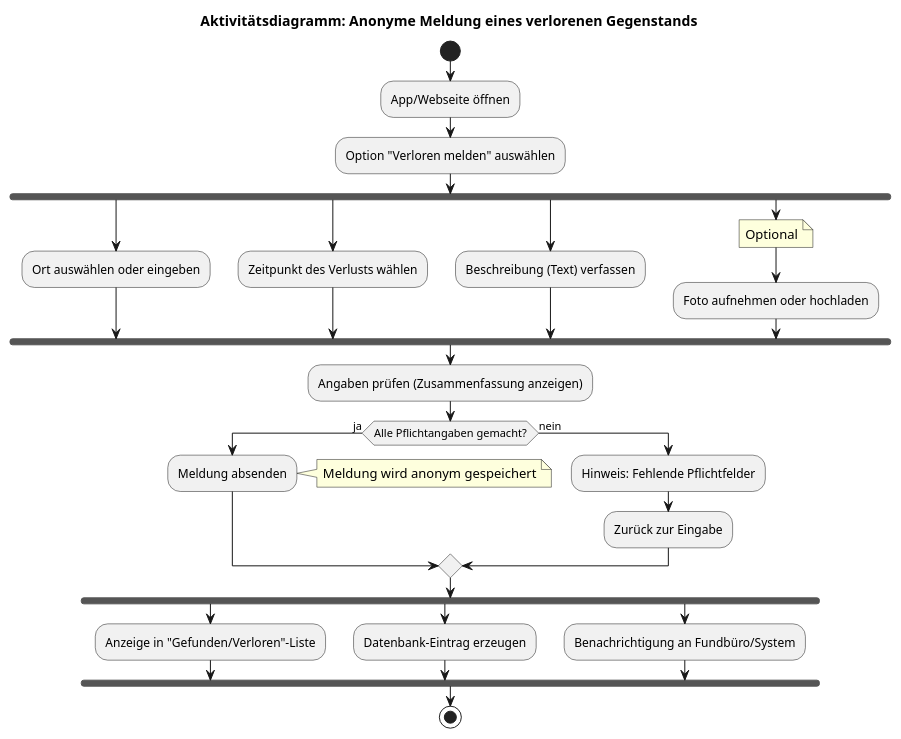
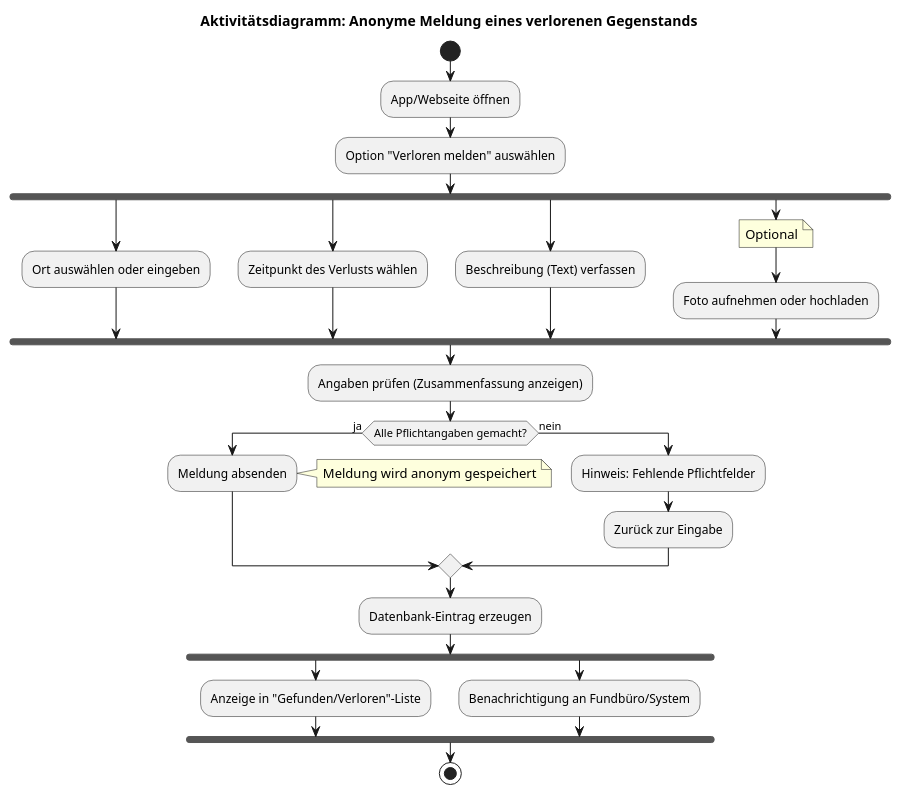
One commit to Tom0603/SoftwareEngineering_Lecture changed the diagram in docs/architecture/activity_diagram.puml. Above: the diagram before and after it, drawn with PlantUML.

Commit message:
Update activity diagram to reflect process changes

```diff
--- a/docs/architecture/activity_diagram.puml
+++ b/docs/architecture/activity_diagram.puml
@@ -1,39 +1,39 @@
 @startuml
 title Aktivitätsdiagramm: Anonyme Meldung eines verlorenen Gegenstands
 
 start
 
 :App/Webseite öffnen;
 :Option "Verloren melden" auswählen;
 
 fork
   :Ort auswählen oder eingeben;
 fork again
   :Zeitpunkt des Verlusts wählen;
 fork again
   :Beschreibung (Text) verfassen;
 fork again
   note right: Optional
   :Foto aufnehmen oder hochladen;
 end fork
 
 :Angaben prüfen (Zusammenfassung anzeigen);
 
 if (Alle Pflichtangaben gemacht?) then (ja)
   :Meldung absenden;
   note right: Meldung wird anonym gespeichert
 else (nein)
   :Hinweis: Fehlende Pflichtfelder;
   :Zurück zur Eingabe;
 endif
 
+:Datenbank-Eintrag erzeugen;
+
 fork
   :Anzeige in "Gefunden/Verloren"-Liste;
-fork again
-  :Datenbank-Eintrag erzeugen;
 fork again
   :Benachrichtigung an Fundbüro/System;
 end fork
 
 stop
 @enduml
```
